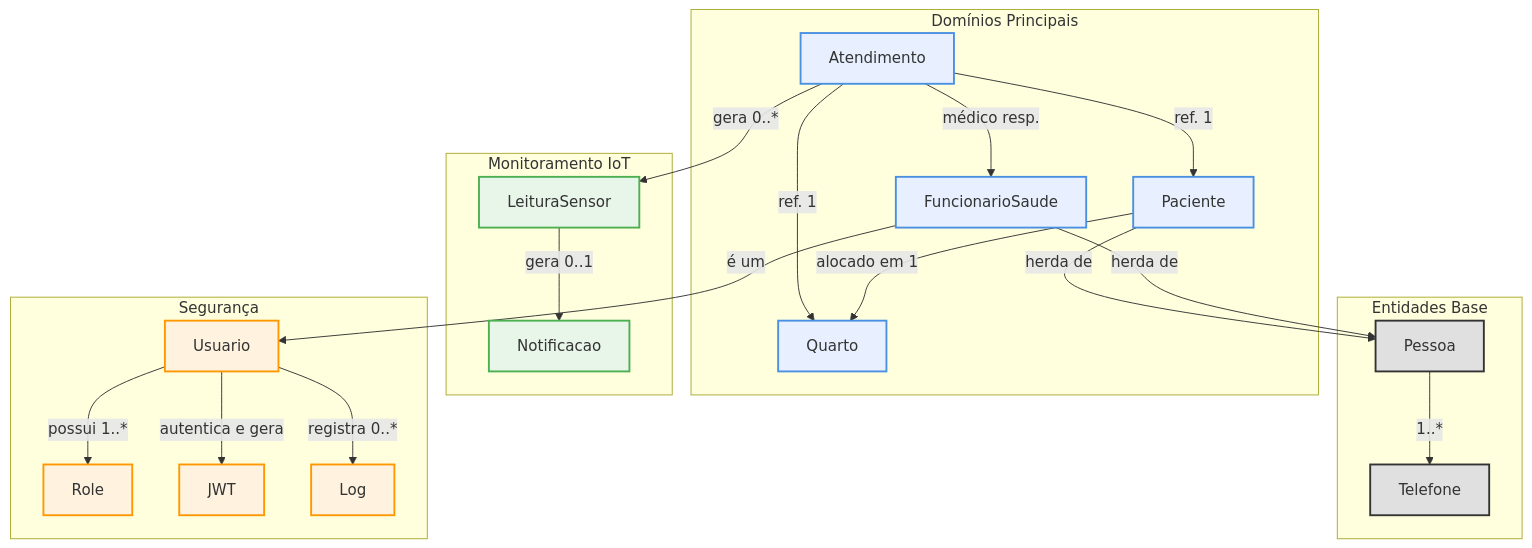
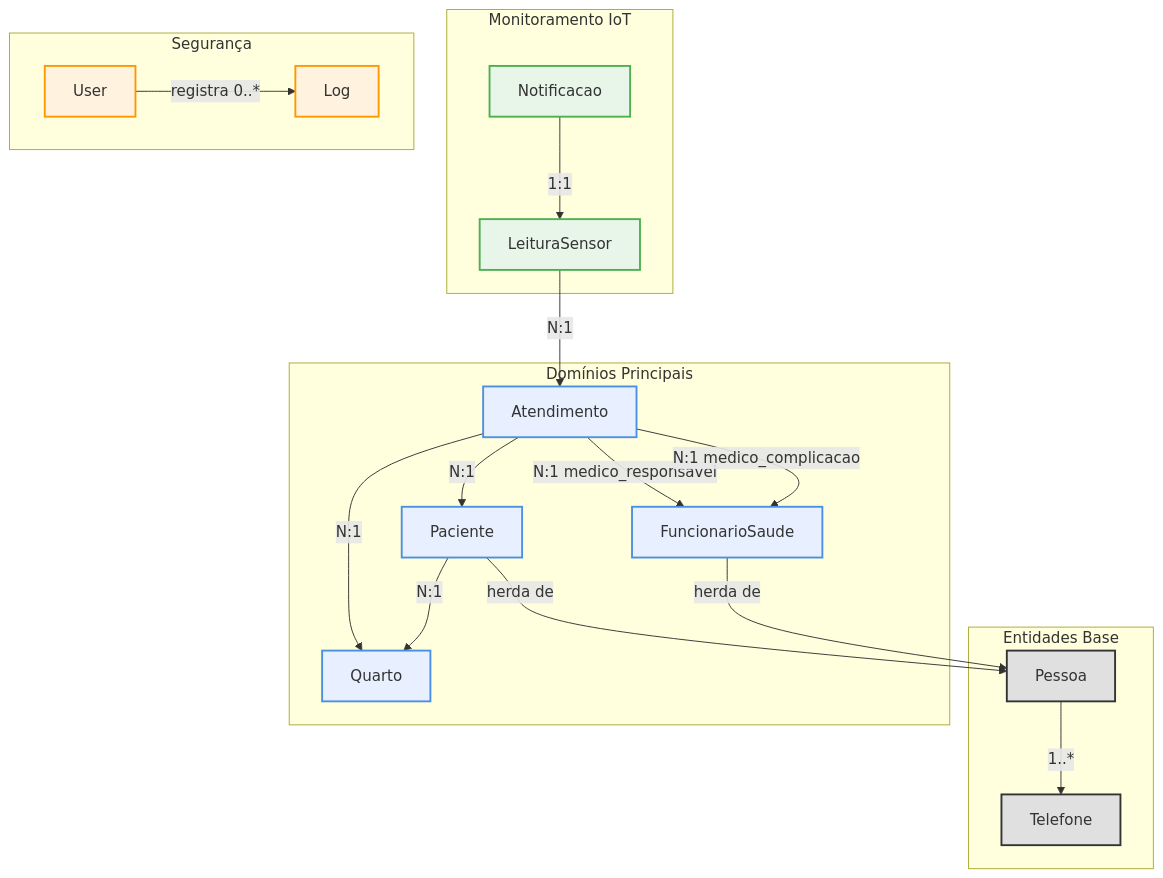
Before and after one commit to matheus05dev/BackendMonitoramentoPacientes: the first of 3 diagrams in README.md, drawn with Mermaid. The commit also changed other lines of this file, not shown here.

````diff
--- a/README.md
+++ b/README.md
@@ -80,55 +188,54 @@
 ```mermaid
 graph TD
     subgraph "Entidades Base"
-        Pessoa
-        Telefone
+        Pessoa[Pessoa]
+        Telefone[Telefone]
     end
 
     subgraph "Domínios Principais"
-        Paciente
-        FuncionarioSaude
-        Quarto
-        Atendimento
+        Paciente[Paciente]
+        FuncionarioSaude[FuncionarioSaude]
+        Quarto[Quarto]
+        Atendimento[Atendimento]
     end
 
     subgraph "Monitoramento IoT"
-        LeituraSensor
-        Notificacao
+        LeituraSensor[LeituraSensor]
+        Notificacao[Notificacao]
     end
 
     subgraph "Segurança"
-        Usuario
-        Role
-        JWT
-        Log
+        Usuario[User]
+        Log[Log]
     end
 
-    %% Relacionamentos
-    Paciente --"herda de"--> Pessoa
-    FuncionarioSaude --"herda de"--> Pessoa
-    Pessoa --"1..*"--> Telefone
+    %% Relacionamentos Base
+    Paciente -->|herda de| Pessoa
+    FuncionarioSaude -->|herda de| Pessoa
+    Pessoa -->|1..*| Telefone
 
-    Atendimento --"ref. 1"--> Paciente
-    Atendimento --"médico resp."--> FuncionarioSaude
-    Atendimento --"ref. 1"--> Quarto
-    Paciente --"alocado em 1"--> Quarto
+    %% Relacionamentos Principais
+    Atendimento -->|N:1| Paciente
+    Atendimento -->|N:1 medico_responsavel| FuncionarioSaude
+    Atendimento -->|N:1 medico_complicacao| FuncionarioSaude
+    Atendimento -->|N:1| Quarto
+    Paciente -->|N:1| Quarto
 
-    Atendimento --"gera 0..*"--> LeituraSensor
-    LeituraSensor --"gera 0..1"--> Notificacao
+    %% Relacionamentos IoT
+    LeituraSensor -->|N:1| Atendimento
+    Notificacao -->|1:1| LeituraSensor
 
-    FuncionarioSaude --"é um"--> Usuario
-    Usuario --"possui 1..*"--> Role
-    Usuario --"autentica e gera"--> JWT
-    Usuario --"registra 0..*"--> Log
+    %% Relacionamentos Segurança
+    Usuario -->|registra 0..*| Log
 
     %% Estilização
-    classDef base fill:#e0e0e0,stroke:#333,stroke-width:2px;
-    classDef domain fill:#e8f0ff,stroke:#4a90e2,stroke-width:2px;
-    classDef iot fill:#e8f5e9,stroke:#4caf50,stroke-width:2px;
-    classDef security fill:#fff3e0,stroke:#ff9800,stroke-width:2px;
+    classDef base fill:#e0e0e0,stroke:#333,stroke-width:2px
+    classDef domain fill:#e8f0ff,stroke:#4a90e2,stroke-width:2px
+    classDef iot fill:#e8f5e9,stroke:#4caf50,stroke-width:2px
+    classDef security fill:#fff3e0,stroke:#ff9800,stroke-width:2px
 
-    class Pessoa,Telefone base;
-    class Paciente,FuncionarioSaude,Quarto,Atendimento domain;
-    class LeituraSensor,Notificacao iot;
-    class Usuario,Role,JWT,Log security;
+    class Pessoa,Telefone base
+    class Paciente,FuncionarioSaude,Quarto,Atendimento domain
+    class LeituraSensor,Notificacao iot
+    class Usuario,Log security
 ```
````
